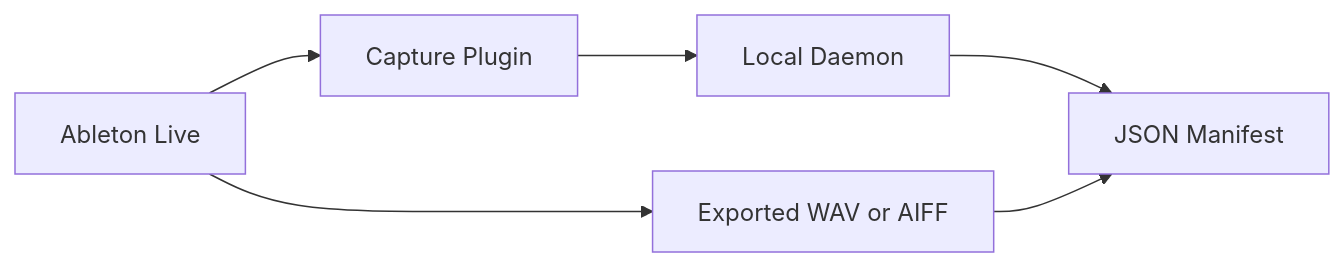
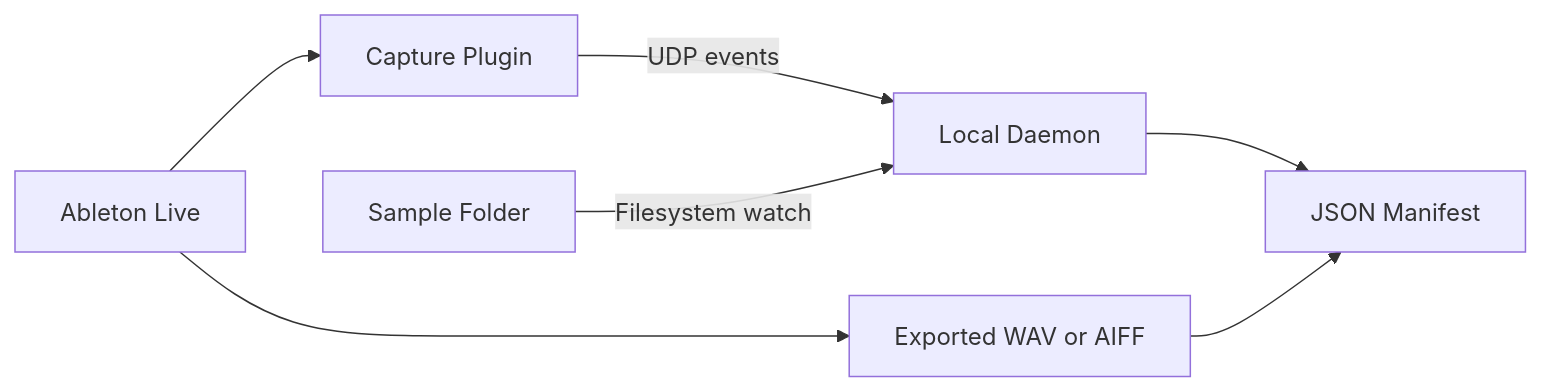
One commit to jeremybboy/audio-provenance-wrapper-poc changed the diagram in docs/ARCHITECTURE.md. Above: the diagram before and after it, drawn with Mermaid. The commit also changed other lines of this file and 48 other files, not shown here.

First line of the commit message:
Granular edit observation: multi-layer architecture with crypto and anti-forgery (#20)

````diff
--- a/docs/ARCHITECTURE.md
+++ b/docs/ARCHITECTURE.md
@@ -28,8 +28,9 @@
 ```mermaid
 flowchart LR
     A[Ableton Live] --> B[Capture Plugin]
-    B --> C[Local Daemon]
+    B -->|UDP events| C[Local Daemon]
     A --> D[Exported WAV or AIFF]
     C --> E[JSON Manifest]
     D --> E
+    F[Sample Folder] -->|Filesystem watch| C
 ```
````
